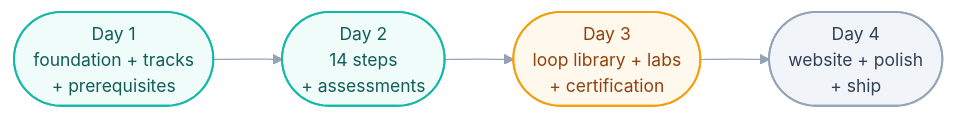
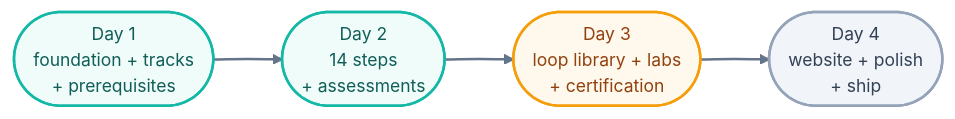
The diagram in STATE.md (ayeshakhalid192007-dev/LoopEngineering-CrashCourse), drawn with Mermaid before and after one commit. The commit also changed 66 other files, not shown here.

First line of the commit message:
docs(diagrams): bolden and unify all 70 mermaid diagrams

````diff
--- a/STATE.md
+++ b/STATE.md
@@ -10,10 +10,11 @@
 ```mermaid
-%%{init: {'theme':'base','themeVariables':{'fontFamily':'ui-sans-serif, system-ui, sans-serif','fontSize':'14px','lineColor':'#94a3b8'},'flowchart':{'curve':'basis','nodeSpacing':45,'rankSpacing':55,'padding':12}}}%%
+%%{init: {'theme':'base','themeVariables':{'fontFamily':'ui-sans-serif, system-ui, sans-serif','fontSize':'14px','lineColor':'#64748b','edgeLabelBackground':'#f8fafc'},'flowchart':{'curve':'basis','nodeSpacing':45,'rankSpacing':55,'padding':12}}}%%
 flowchart LR
     D1(["Day 1<br/>foundation + tracks<br/>+ prerequisites"]):::done --> D2(["Day 2<br/>14 steps<br/>+ assessments"]):::done
     D2 --> D3(["Day 3<br/>loop library + labs<br/>+ certification"]):::next
     D3 --> D4(["Day 4<br/>website + polish<br/>+ ship"]):::todo
-    classDef done fill:#effcf9,stroke:#14b8a6,stroke-width:1.5px,color:#115e59;
-    classDef next fill:#fef9ec,stroke:#f59e0b,stroke-width:1.5px,color:#92400e;
-    classDef todo fill:#f1f5f9,stroke:#94a3b8,stroke-width:1.5px,color:#334155;
+    linkStyle default stroke:#64748b,stroke-width:2px;
+    classDef done fill:#effcf9,stroke:#14b8a6,stroke-width:2px,color:#115e59;
+    classDef next fill:#fef9ec,stroke:#f59e0b,stroke-width:2px,color:#92400e;
+    classDef todo fill:#f1f5f9,stroke:#94a3b8,stroke-width:2px,color:#334155;
 ```
````
